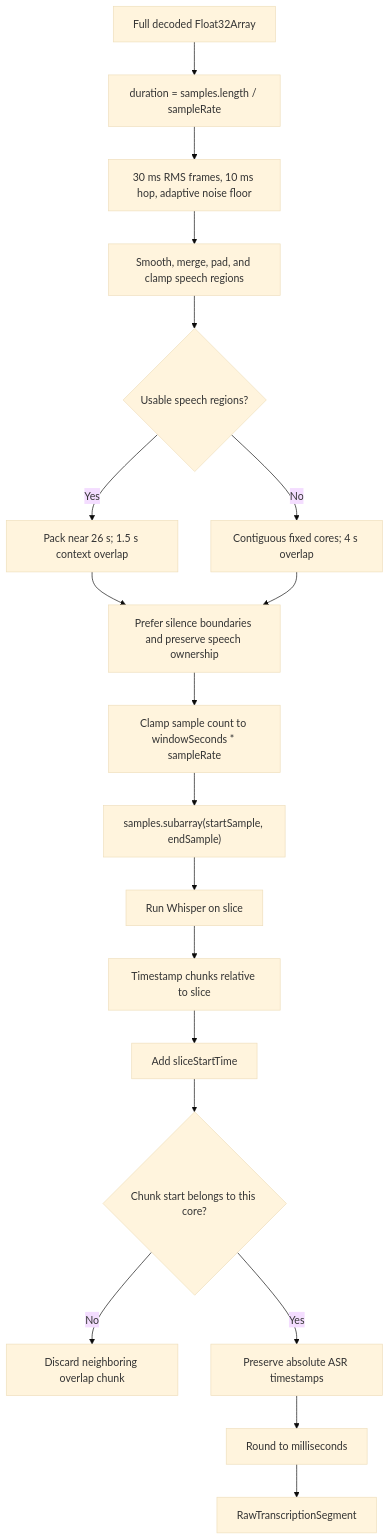
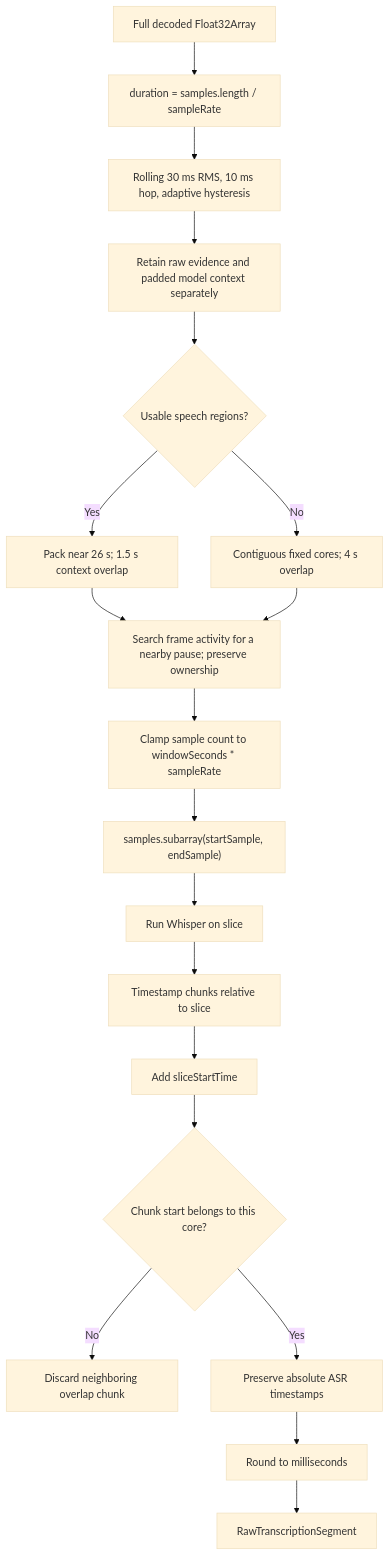
The seventh of 18 diagrams in docs/project-state.md (zxyandreay/auto-subtitle), drawn with Mermaid (base theme) before and after one commit. The commit also changed other lines of this file and 43 other files, not shown here.

````diff
--- a/docs/project-state.md
+++ b/docs/project-state.md
@@ -628,21 +629,21 @@
 ```mermaid
 flowchart TD
     Audio["Full decoded Float32Array"] --> Duration["duration = samples.length / sampleRate"]
-    Duration --> VAD["30 ms RMS frames, 10 ms hop, adaptive noise floor"]
-    VAD --> Regions["Smooth, merge, pad, and clamp speech regions"]
+    Duration --> VAD["Rolling 30 ms RMS, 10 ms hop, adaptive hysteresis"]
+    VAD --> Regions["Retain raw evidence and padded model context separately"]
     Regions --> Choice{"Usable speech regions?"}
     Choice -->|Yes| Pack["Pack near 26 s; 1.5 s context overlap"]
     Choice -->|No| Fallback["Contiguous fixed cores; 4 s overlap"]
-    Pack --> Slice["Prefer silence boundaries and preserve speech ownership"]
+    Pack --> Slice["Search frame activity for a nearby pause; preserve ownership"]
     Fallback --> Slice
     Slice --> Limit["Clamp sample count to windowSeconds * sampleRate"]
     Limit --> Samples["samples.subarray(startSample, endSample)"]
     Samples --> Model["Run Whisper on slice"]
     Model --> Chunks["Timestamp chunks relative to slice"]
     Chunks --> Offset["Add sliceStartTime"]
     Offset --> Owner{"Chunk start belongs to this core?"}
     Owner -->|No| Discard["Discard neighboring overlap chunk"]
     Owner -->|Yes| Preserve["Preserve absolute ASR timestamps"]
     Preserve --> Round["Round to milliseconds"]
     Round --> Segment["RawTranscriptionSegment"]
 ```
````
